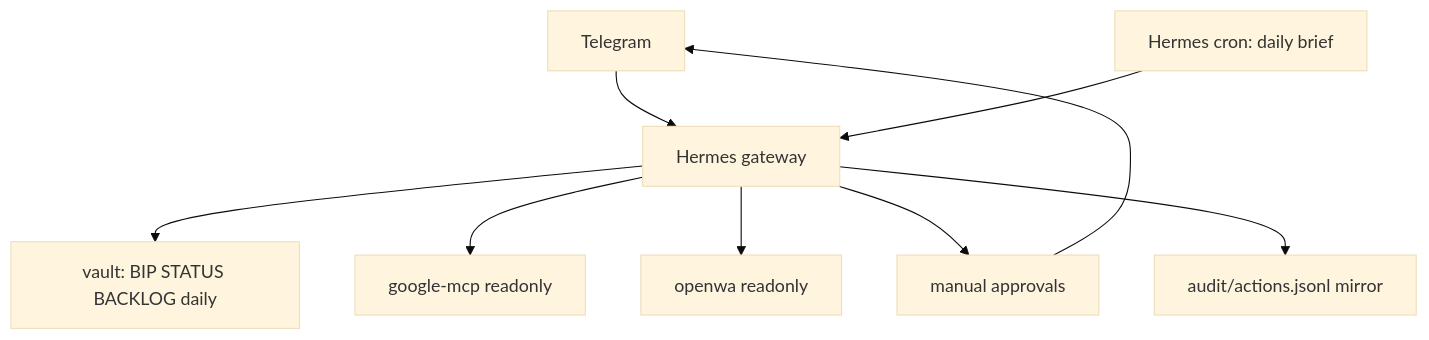
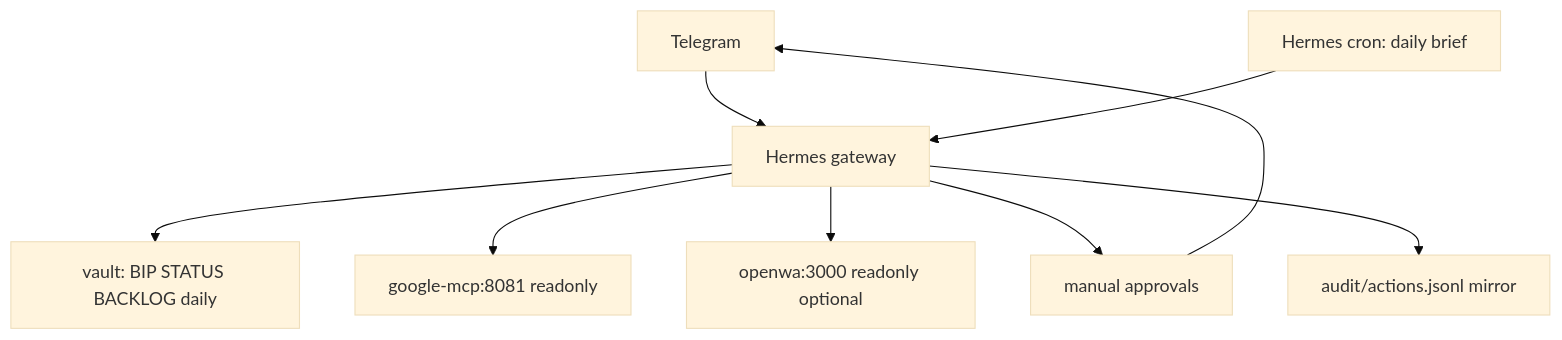
The diagram in README.md (suporterfid/bip-sidekick), drawn with Mermaid (base theme) before and after one commit. The commit also changed other lines of this file and 8 other files, not shown here.

Commit message:
Document Hermes-native architecture

````diff
--- a/README.md
+++ b/README.md
@@ -13,11 +13,11 @@
 ```mermaid
 flowchart TD
     TG[Telegram] --> H[Hermes gateway]
     CRON[Hermes cron: daily brief] --> H
     H --> V["vault: BIP STATUS BACKLOG daily"]
-    H --> GM[google-mcp readonly]
-    H --> OW[openwa readonly]
+    H --> GM["google-mcp:8081 readonly"]
+    H --> OW["openwa:3000 readonly optional"]
     H --> AP["manual approvals"]
     AP --> TG
     H --> AU["audit/actions.jsonl mirror"]
 ```
````
